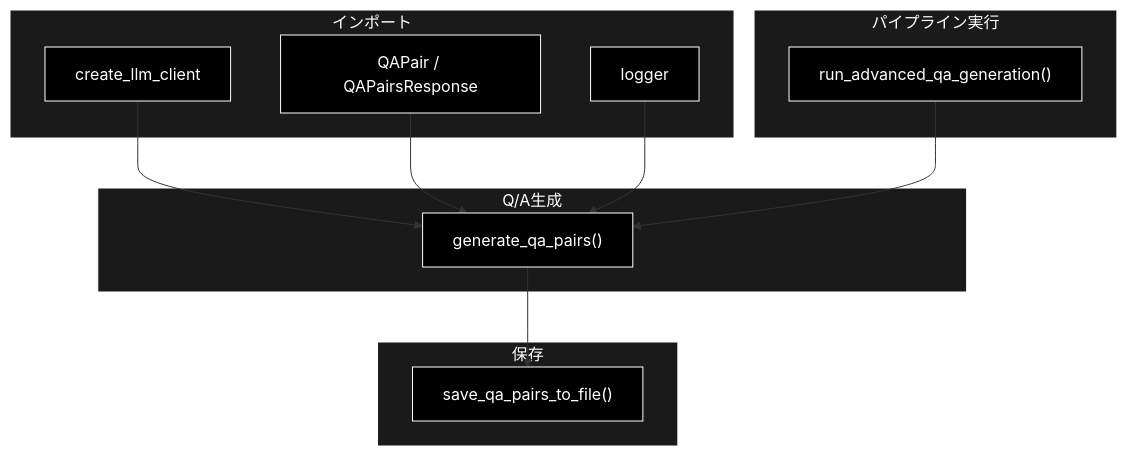
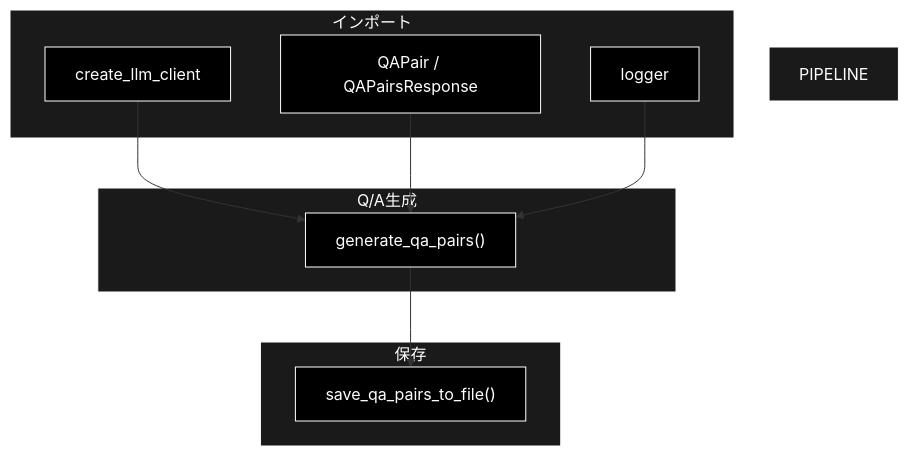
One commit to nakashima2toshio/grace_v2 changed the second of 3 diagrams in services/docs/qa_service.md. Above: the diagram before and after it, drawn with Mermaid. The commit also changed other lines of this file and 12 other files, not shown here.

````diff
--- a/services/docs/qa_service.md
+++ b/services/docs/qa_service.md
@@ -110,33 +107,28 @@
 ```mermaid
 flowchart TB
     subgraph IMPORTS["インポート"]
         LLM["create_llm_client"]
         QAMODELS["QAPair / QAPairsResponse"]
         LOGGER["logger"]
-    end
-
-    subgraph PIPELINE["パイプライン実行"]
-        RUN["run_advanced_qa_generation()"]
     end
 
     subgraph GENERATION["Q/A生成"]
         GEN["generate_qa_pairs()"]
     end
 
     subgraph PERSIST["保存"]
         SAVE["save_qa_pairs_to_file()"]
     end
 
     LLM --> GEN
     QAMODELS --> GEN
     LOGGER --> GEN
-    RUN --> GEN
     GEN --> SAVE
 classDef default fill:#000,stroke:#fff,color:#fff
 classDef subgraphStyle fill:#1a1a1a,stroke:#fff,color:#fff
 class LLM,QAMODELS,LOGGER,RUN,GEN,SAVE default
 style IMPORTS fill:#1a1a1a,stroke:#fff,color:#fff
 style PIPELINE fill:#1a1a1a,stroke:#fff,color:#fff
 style GENERATION fill:#1a1a1a,stroke:#fff,color:#fff
 style PERSIST fill:#1a1a1a,stroke:#fff,color:#fff
 ```
````
